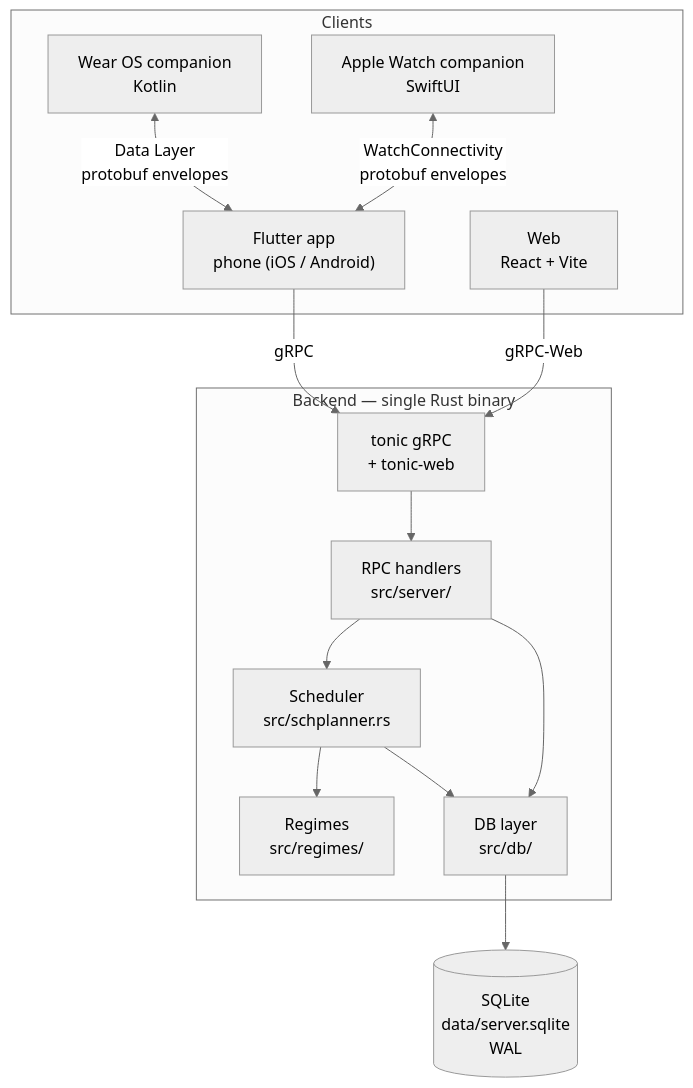
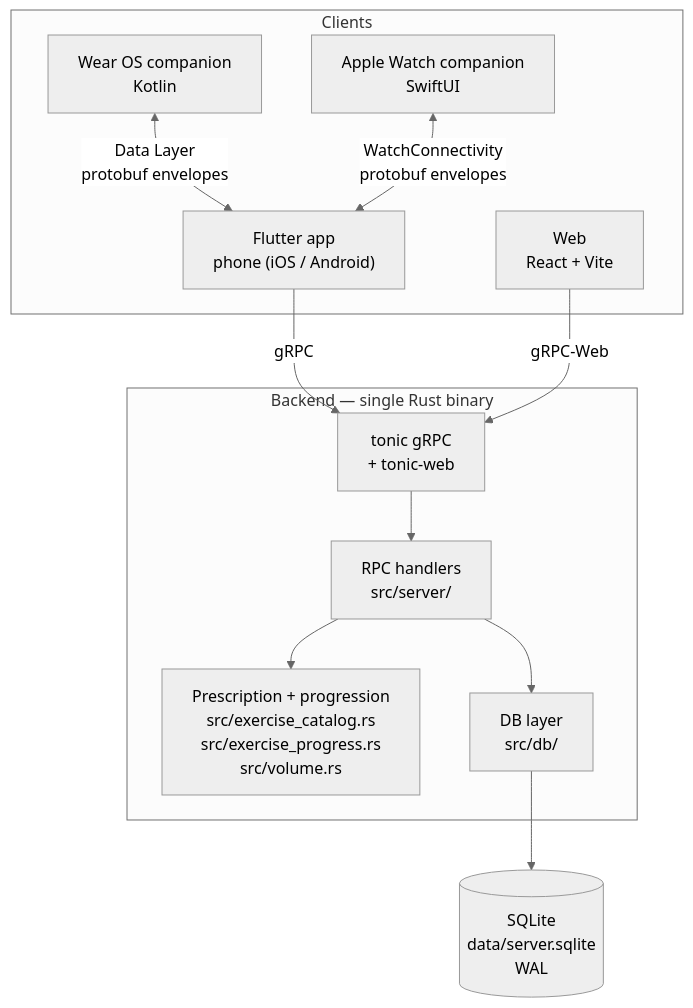
The first of 4 diagrams in docs/architecture/overview.md (brensch/lift), drawn with Mermaid (neutral theme) before and after one commit. The commit also changed other lines of this file and 12 other files, not shown here.

First line of the commit message:
docs: architecture reference follows the cutover

````diff
--- a/docs/architecture/overview.md
+++ b/docs/architecture/overview.md
@@ -9,30 +10,27 @@
 ```mermaid
 graph TB
     subgraph clients["Clients"]
         phone["Flutter app<br/>phone (iOS / Android)"]
         wear["Wear OS companion<br/>Kotlin"]
         watchos["Apple Watch companion<br/>SwiftUI"]
         webapp["Web<br/>React + Vite"]
     end
 
     subgraph server["Backend — single Rust binary"]
         grpc["tonic gRPC<br/>+ tonic-web"]
         handlers["RPC handlers<br/>src/server/"]
-        sched["Scheduler<br/>src/schplanner.rs"]
-        regimes["Regimes<br/>src/regimes/"]
+        engine["Prescription + progression<br/>src/exercise_catalog.rs<br/>src/exercise_progress.rs<br/>src/volume.rs"]
         dbl["DB layer<br/>src/db/"]
     end
 
     sqlite[("SQLite<br/>data/server.sqlite<br/>WAL")]
 
     wear <-->|"Data Layer<br/>protobuf envelopes"| phone
     watchos <-->|"WatchConnectivity<br/>protobuf envelopes"| phone
     phone -->|gRPC| grpc
     webapp -->|gRPC-Web| grpc
     grpc --> handlers
-    handlers --> sched
-    sched --> regimes
+    handlers --> engine
     handlers --> dbl
-    sched --> dbl
     dbl --> sqlite
 ```
````
